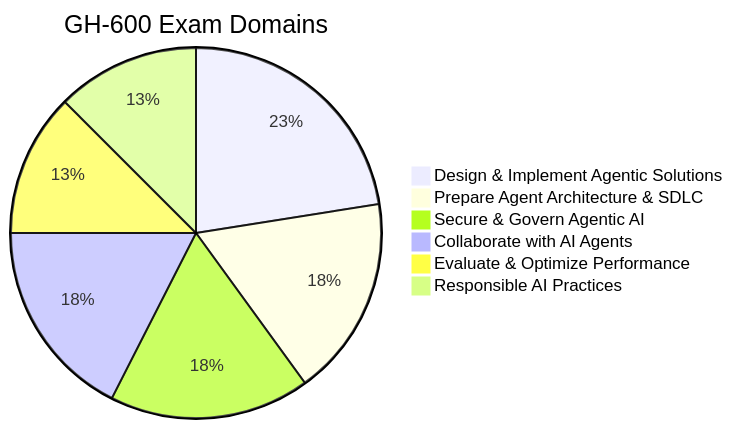
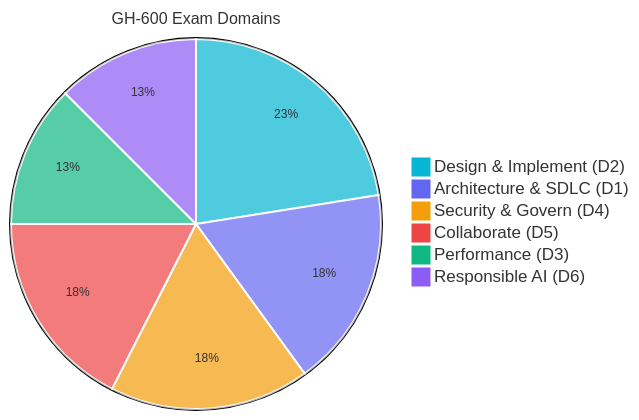
Before and after one commit to JohannesRabauer/gh-600-preparation: the first of 2 diagrams in docs/index.md, drawn with Mermaid. The commit also changed other lines of this file and 5 other files, not shown here.

First line of the commit message:
feat: add colorful animated diagrams and pictograms across study material

````diff
--- a/docs/index.md
+++ b/docs/index.md
@@ -38,9 +38,10 @@
 ```mermaid
+%%{init: {'theme': 'base', 'themeVariables': {'primaryColor': '#6366f1', 'pieStrokeColor': '#fff', 'pieStrokeWidth': '2px', 'pie1': '#06b6d4', 'pie2': '#6366f1', 'pie3': '#f59e0b', 'pie4': '#ef4444', 'pie5': '#10b981', 'pie6': '#8b5cf6', 'pieTitleTextSize': '16px', 'pieSectionTextSize': '12px'}}}%%
 pie title GH-600 Exam Domains
-    "Design & Implement Agentic Solutions" : 22.5
-    "Prepare Agent Architecture & SDLC" : 17.5
-    "Secure & Govern Agentic AI" : 17.5
-    "Collaborate with AI Agents" : 17.5
-    "Evaluate & Optimize Performance" : 12.5
-    "Responsible AI Practices" : 12.5
+    "Design & Implement (D2)" : 22.5
+    "Architecture & SDLC (D1)" : 17.5
+    "Security & Govern (D4)" : 17.5
+    "Collaborate (D5)" : 17.5
+    "Performance (D3)" : 12.5
+    "Responsible AI (D6)" : 12.5
 ```
````
